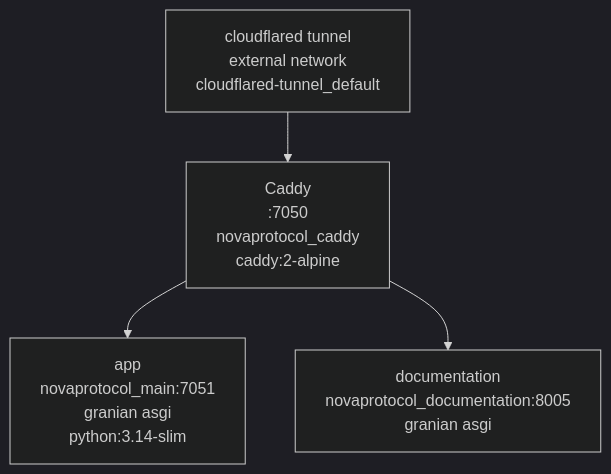
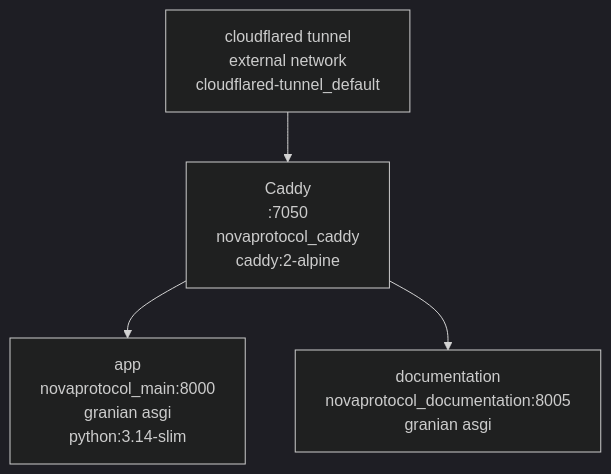
Before and after one commit to NovaProtocol/NovaProtocol: the diagram in documentation/docs/architecture.md, drawn with Mermaid (dark theme). The commit also changed other lines of this file and 9 other files, not shown here.

````diff
--- a/documentation/docs/architecture.md
+++ b/documentation/docs/architecture.md
@@ -140,6 +140,6 @@
 ```mermaid
 graph TB
     TUN["cloudflared tunnel<br/>external network<br/>cloudflared-tunnel_default"] --> CADDY
-    CADDY["Caddy<br/>:7050<br/>novaprotocol_caddy<br/>caddy:2-alpine"] --> APP["app<br/>novaprotocol_main:7051<br/>granian asgi<br/>python:3.14-slim"]
+    CADDY["Caddy<br/>:7050<br/>novaprotocol_caddy<br/>caddy:2-alpine"] --> APP["app<br/>novaprotocol_main:8000<br/>granian asgi<br/>python:3.14-slim"]
     CADDY --> DOCS["documentation<br/>novaprotocol_documentation:8005<br/>granian asgi"]
 ```
````
